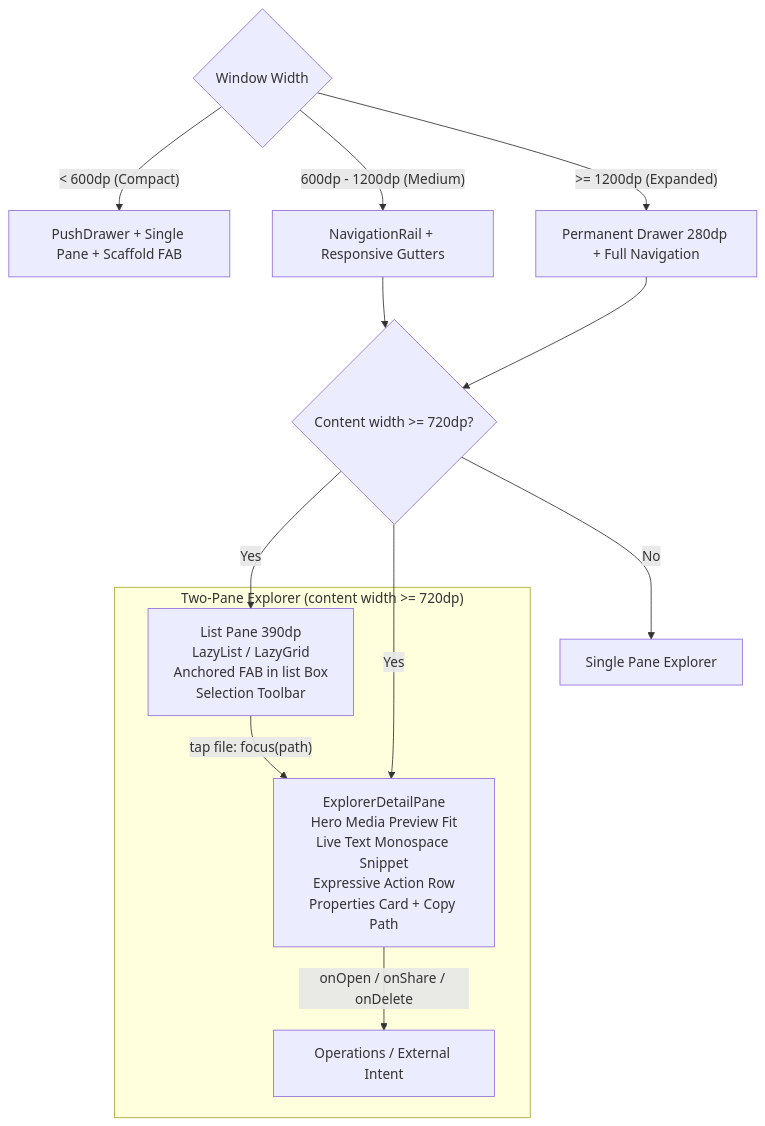
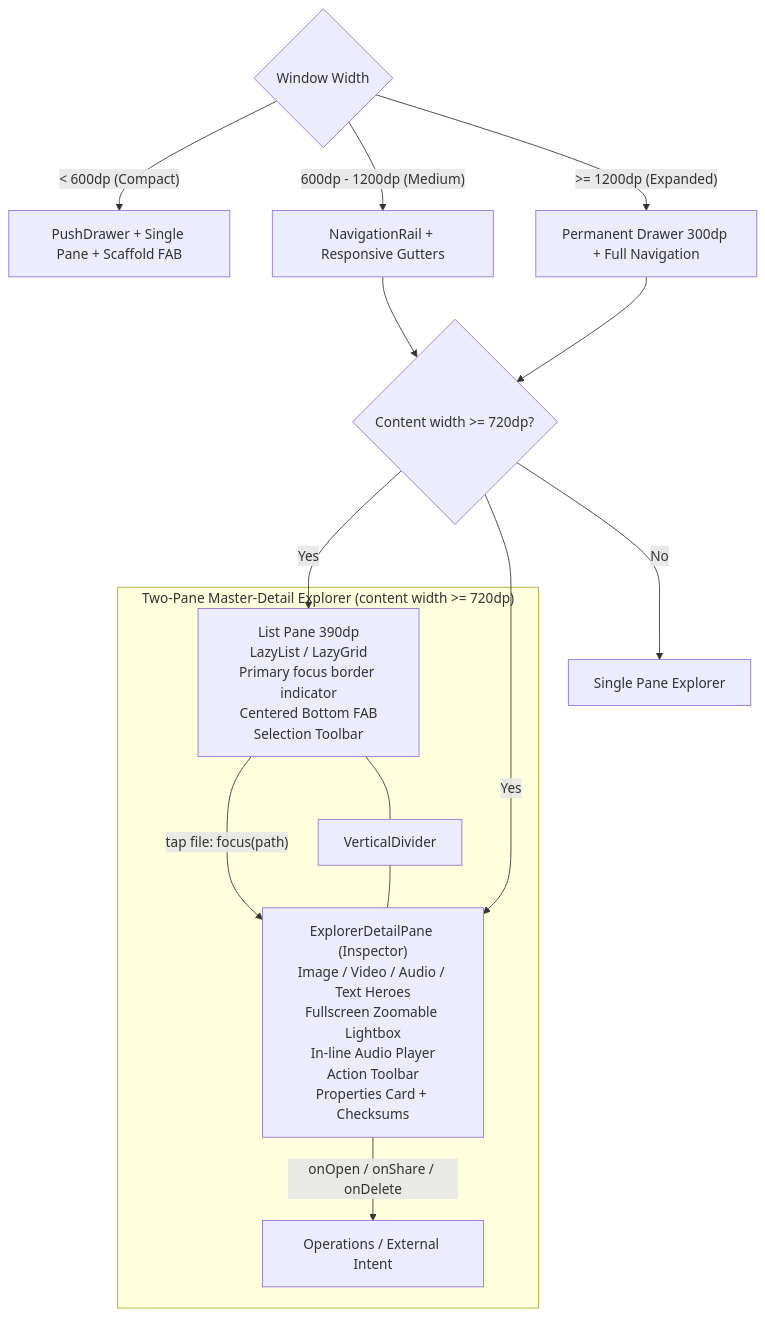
One commit to aiyu-ayaan/Findex changed the seventh of 7 diagrams in development/docs/ARCHITECTURE.md. Above: the diagram before and after it, drawn with Mermaid. The commit also changed other lines of this file and 3 other files, not shown here.

Commit message:
ui(Explorer) : Refine tablet master-detail integration, focus indicators and divider

````diff
--- a/development/docs/ARCHITECTURE.md
+++ b/development/docs/ARCHITECTURE.md
@@ -267,20 +267,22 @@
 ```mermaid
 flowchart TD
     WindowWidth{"Window Width"}
     WindowWidth -->|"< 600dp (Compact)"| CompactLayout["PushDrawer + Single Pane + Scaffold FAB"]
     WindowWidth -->|"600dp - 1200dp (Medium)"| MediumLayout["NavigationRail + Responsive Gutters"]
-    WindowWidth -->|">= 1200dp (Expanded)"| ExpandedLayout["Permanent Drawer 280dp + Full Navigation"]
+    WindowWidth -->|">= 1200dp (Expanded)"| ExpandedLayout["Permanent Drawer 300dp + Full Navigation"]
 
-    subgraph TwoPaneExplorer ["Two-Pane Explorer (content width >= 720dp)"]
-        ListPane["List Pane 390dp<br/>LazyList / LazyGrid<br/>Anchored FAB in list Box<br/>Selection Toolbar"]
-        DetailPane["ExplorerDetailPane<br/>Hero Media Preview Fit<br/>Live Text Monospace Snippet<br/>Expressive Action Row<br/>Properties Card + Copy Path"]
+    subgraph TwoPaneExplorer ["Two-Pane Master-Detail Explorer (content width >= 720dp)"]
+        ListPane["List Pane 390dp<br/>LazyList / LazyGrid<br/>Primary focus border indicator<br/>Centered Bottom FAB<br/>Selection Toolbar"]
+        Divider["VerticalDivider"]
+        DetailPane["ExplorerDetailPane (Inspector)<br/>Image / Video / Audio / Text Heroes<br/>Fullscreen Zoomable Lightbox<br/>In-line Audio Player<br/>Action Toolbar<br/>Properties Card + Checksums"]
         ListPane -->|"tap file: focus(path)"| DetailPane
+        ListPane --- Divider --- DetailPane
         DetailPane -->|"onOpen / onShare / onDelete"| Ops["Operations / External Intent"]
     end
 
     MediumLayout --> TwoPane{"Content width >= 720dp?"}
     ExpandedLayout --> TwoPane
     TwoPane -->|Yes| ListPane
     TwoPane -->|Yes| DetailPane
     TwoPane -->|No| SinglePane["Single Pane Explorer"]
 ```
````
